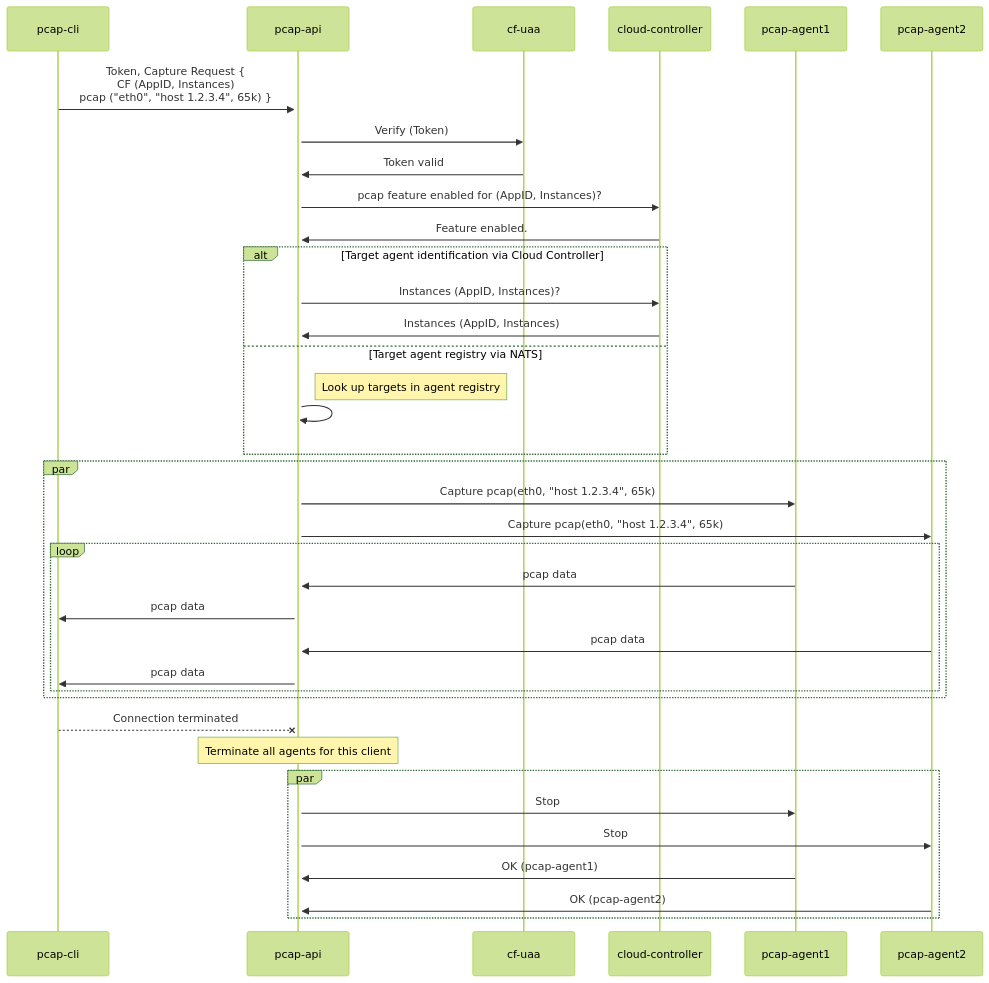
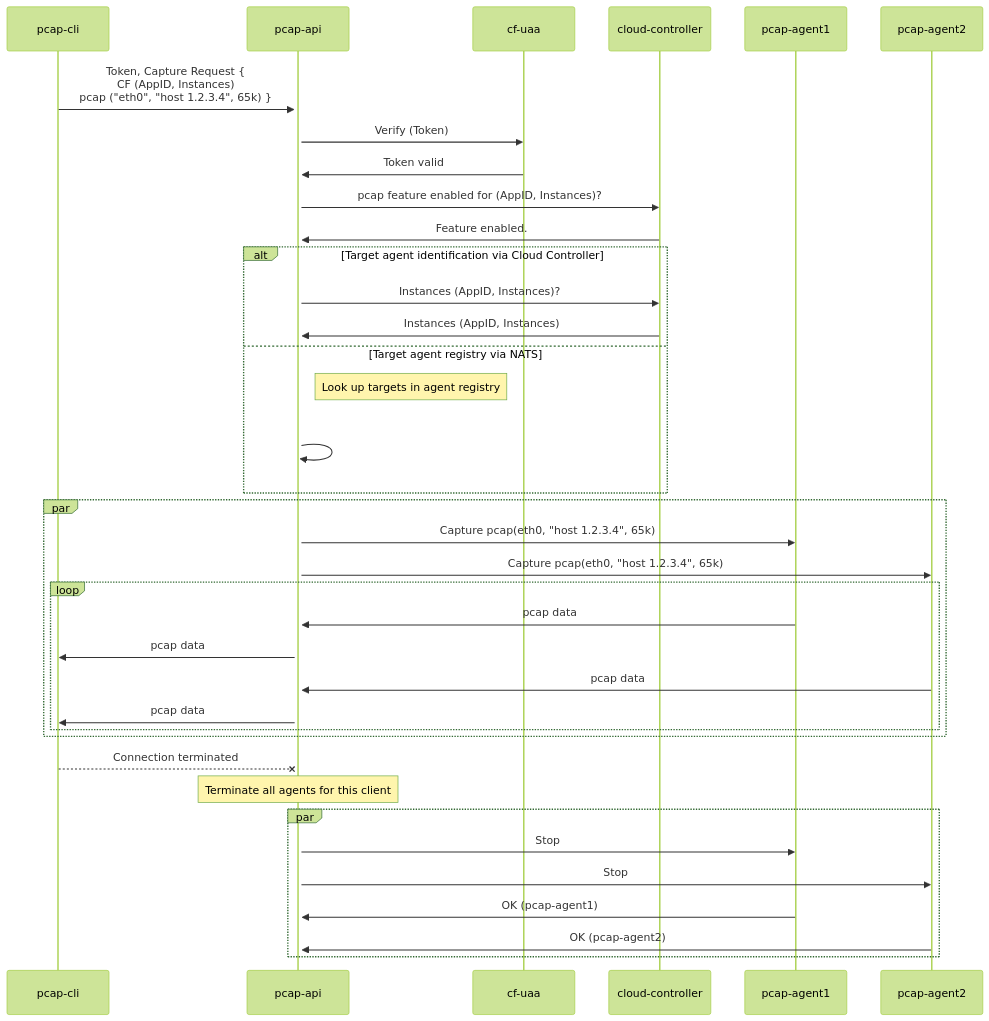
Before and after one commit to cloudfoundry/pcap-release: the tenth of 22 diagrams in docs/api-communication-spec.md, drawn with Mermaid (forest theme). The commit also changed other lines of this file and 10 other files, not shown here.

````diff
--- a/docs/api-communication-spec.md
+++ b/docs/api-communication-spec.md
@@ -660,33 +660,33 @@
 ```mermaid
 sequenceDiagram
     pcap-cli ->>+ pcap-api: Token, Capture Request {<br/>CF (AppID, Instances)<br/>pcap ("eth0", "host 1.2.3.4", 65k) }
     pcap-api ->> cf-uaa: Verify (Token)
     cf-uaa ->> pcap-api: Token valid
     pcap-api ->> cloud-controller: pcap feature enabled for (AppID, Instances)?
     cloud-controller ->> pcap-api: Feature enabled.
     alt Target agent identification via Cloud Controller
         pcap-api ->> cloud-controller: Instances (AppID, Instances)?
         cloud-controller ->> pcap-api: Instances (AppID, Instances)
     else Target agent registry via NATS
         note right of pcap-api: Look up targets in agent registry
-        pcap-api ->> pcap-api: 
+        pcap-api ->> pcap-api: <br/>
     end
     par
         pcap-api ->> pcap-agent1: Capture pcap(eth0, "host 1.2.3.4", 65k)
         pcap-api ->> pcap-agent2: Capture pcap(eth0, "host 1.2.3.4", 65k)
         loop
             pcap-agent1 ->> pcap-api: pcap data
             pcap-api ->> pcap-cli: pcap data
             pcap-agent2 ->> pcap-api: pcap data
             pcap-api ->> pcap-cli: pcap data
         end
     end
     pcap-cli --X pcap-api: Connection terminated
     note over pcap-api: Terminate all agents for this client
     par
         pcap-api ->> pcap-agent1: Stop
         pcap-api ->> pcap-agent2: Stop
         pcap-agent1 ->> pcap-api: OK (pcap-agent1)
         pcap-agent2 ->> pcap-api: OK (pcap-agent2)
     end
 ```
````
